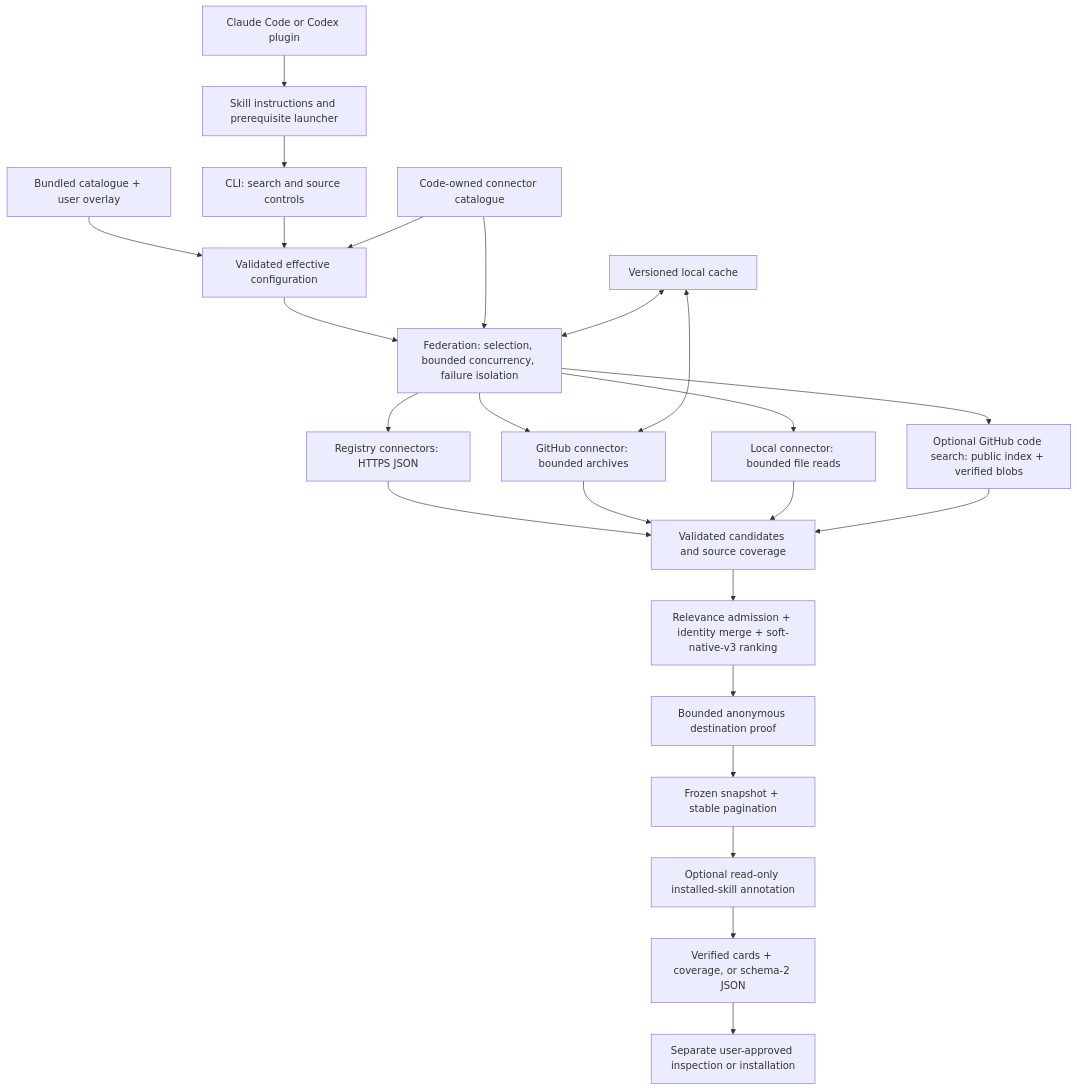
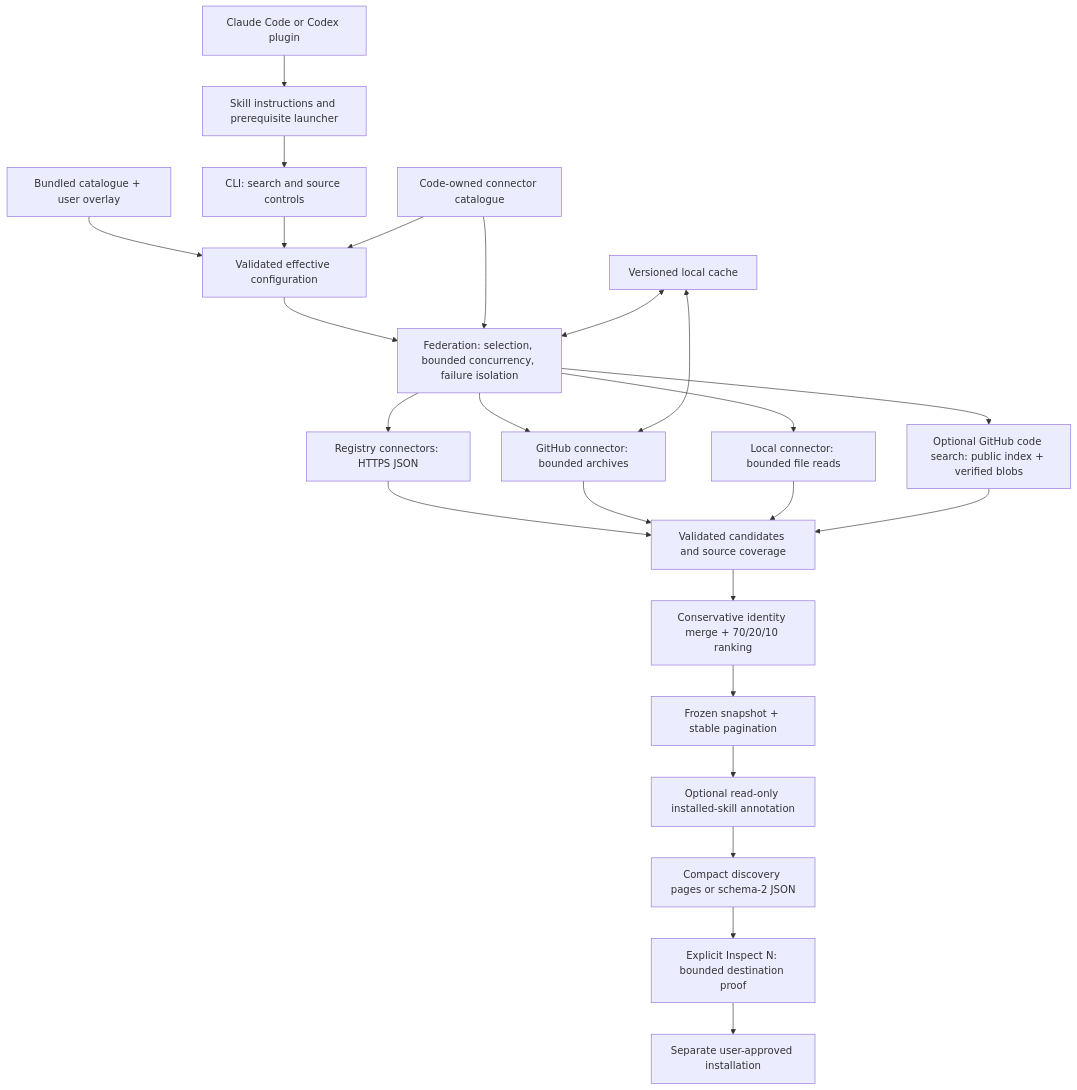
Before and after one commit to bibryam/universal-skill-finder: the diagram in ARCHITECTURE.md, drawn with Mermaid. The commit also changed other lines of this file and 30 other files, not shown here.

````diff
--- a/ARCHITECTURE.md
+++ b/ARCHITECTURE.md
@@ -13,26 +13,26 @@
 ```mermaid
 flowchart TD
     A[Claude Code or Codex plugin] --> B[Skill instructions and prerequisite launcher]
     B --> C[CLI: search and source controls]
     D[Bundled catalogue + user overlay] --> E[Validated effective configuration]
     C --> E
     E --> F[Federation: selection, bounded concurrency, failure isolation]
     G[Code-owned connector catalogue] --> E
     G --> F
     F --> H[Registry connectors: HTTPS JSON]
     F --> P[Optional GitHub code search: public index + verified blobs]
     F --> I[GitHub connector: bounded archives]
     F --> J[Local connector: bounded file reads]
     K[Versioned local cache] <--> F
     K <--> I
     H --> L[Validated candidates and source coverage]
     I --> L
     J --> L
     P --> L
-    L --> M[Relevance admission + identity merge + soft-native-v3 ranking]
-    M --> R[Bounded anonymous destination proof]
-    R --> S[Frozen snapshot + stable pagination]
+    L --> M[Conservative identity merge + 70/20/10 ranking]
+    M --> S[Frozen snapshot + stable pagination]
     S --> Q[Optional read-only installed-skill annotation]
-    Q --> N[Verified cards + coverage, or schema-2 JSON]
-    N --> O[Separate user-approved inspection or installation]
+    Q --> N[Compact discovery pages or schema-2 JSON]
+    N --> R[Explicit Inspect N: bounded destination proof]
+    R --> O[Separate user-approved installation]
 ```
````
